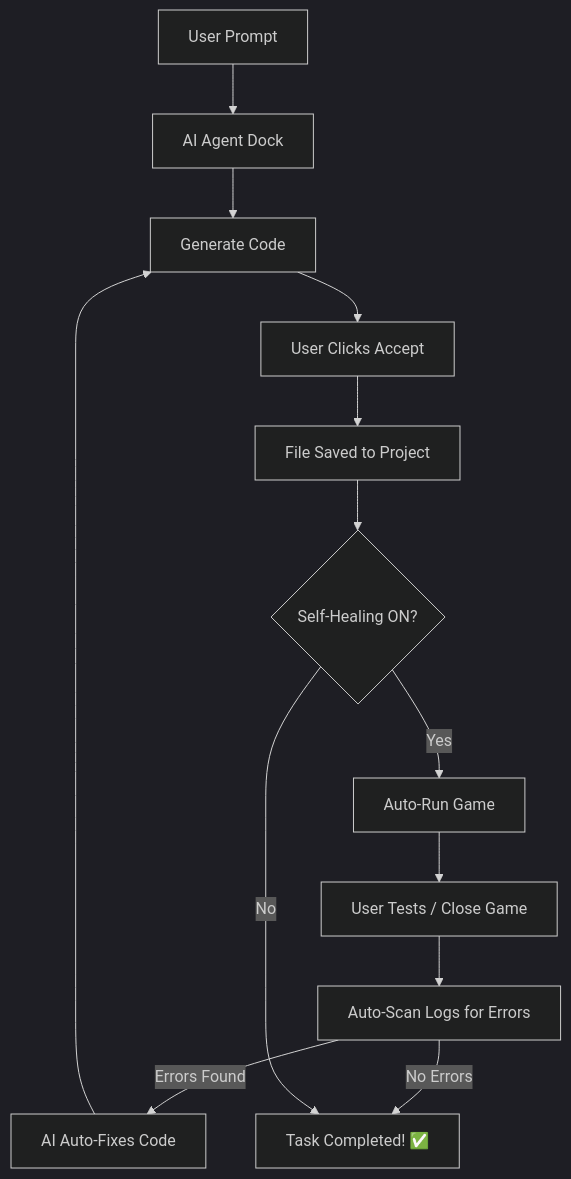
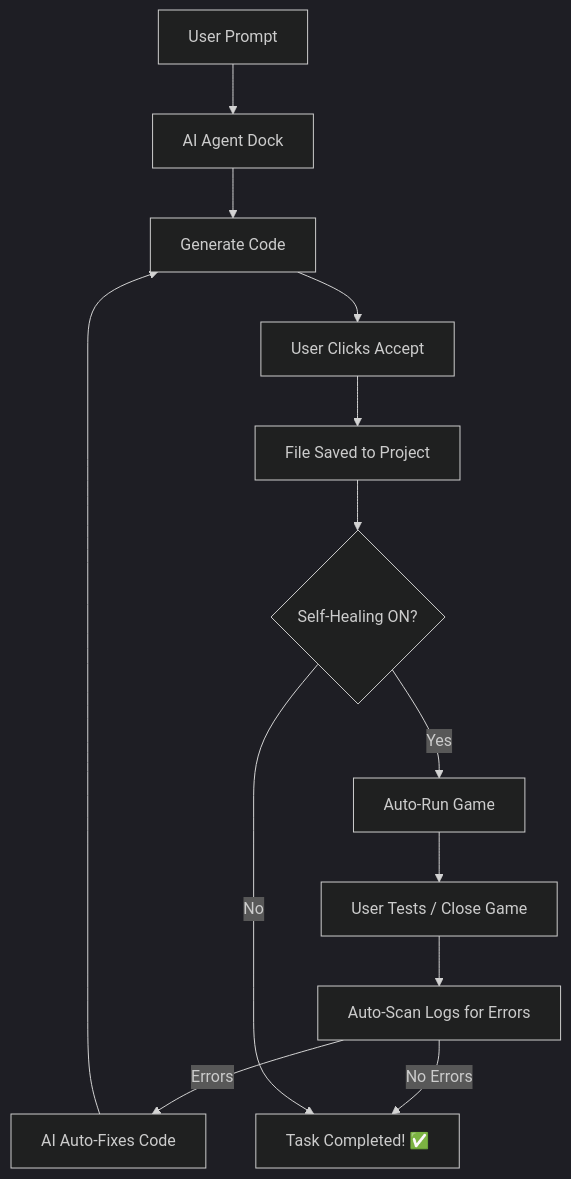
The diagram in README.md (kushuri12/GodotAIAgent), drawn with Mermaid (dark theme) before and after one commit. The commit also changed other lines of this file and 2 other files, not shown here.

````diff
--- a/README.md
+++ b/README.md
@@ -63,15 +52,15 @@
 ```mermaid
 graph TD
     A[User Prompt] --> B[AI Agent Dock]
     B --> C[Generate Code]
     C --> D[User Clicks Accept]
     D --> E[File Saved to Project]
     E --> F{Self-Healing ON?}
     F -->|Yes| G[Auto-Run Game]
     G --> H[User Tests / Close Game]
     H --> I[Auto-Scan Logs for Errors]
-    I -->|Errors Found| J[AI Auto-Fixes Code]
+    I -->|Errors| J[AI Auto-Fixes Code]
     J --> C
     I -->|No Errors| K[Task Completed! ✅]
     F -->|No| K
 ```
````
